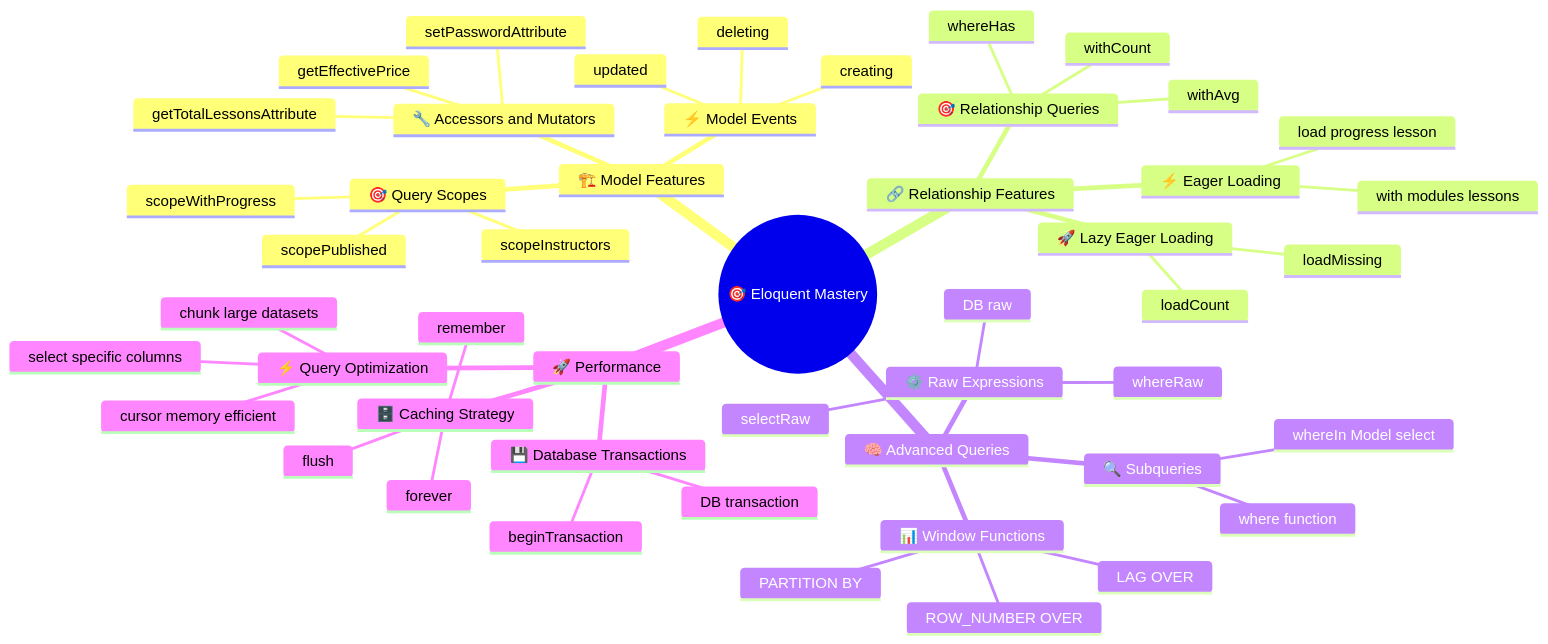
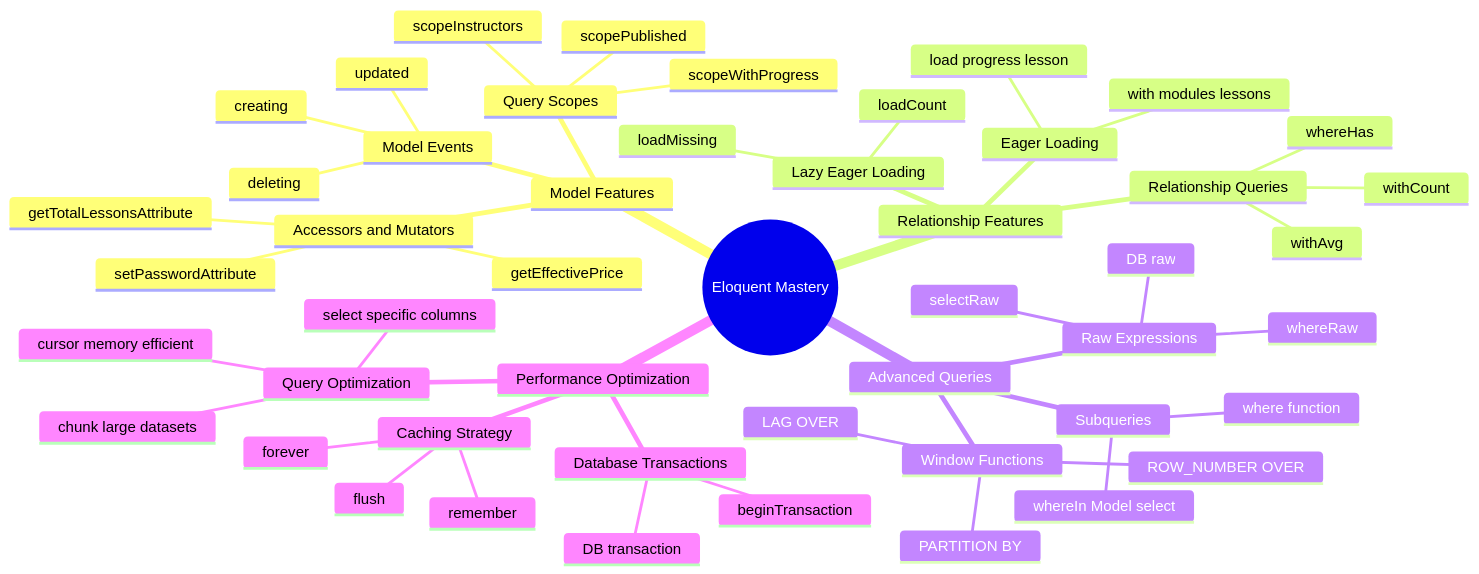
The third of 8 diagrams in README.md (Shakhoyat/learning_management_system), drawn with Mermaid before and after one commit. The commit also changed other lines of this file, not shown here.

Commit message:
fix: Update formatting and structure in Eloquent Features section for clarity

````diff
--- a/README.md
+++ b/README.md
@@ -481,52 +481,54 @@
 ```mermaid
 mindmap
-  root((🎯 Eloquent Mastery))
-    🏗️ Model Features
-      🔧 Accessors and Mutators
+  root((Eloquent Mastery))
+    Model Features
+      Accessors and Mutators
         getTotalLessonsAttribute
         getEffectivePrice
         setPasswordAttribute
-      🎯 Query Scopes
+      Query Scopes
         scopeInstructors
         scopePublished
         scopeWithProgress
-      ⚡ Model Events
+      Model Events
         creating
         updated
         deleting
-    🔗 Relationship Features
-      ⚡ Eager Loading
+    Relationship Features
+      Eager Loading
         with modules lessons
         load progress lesson
-      🚀 Lazy Eager Loading
+      Lazy Eager Loading
         loadMissing
         loadCount
-      🎯 Relationship Queries
+      Relationship Queries
         whereHas
         withCount
         withAvg
-    🧠 Advanced Queries
-      ⚙️ Raw Expressions
+    Advanced Queries
+      Raw Expressions
         DB raw
         selectRaw
         whereRaw
-      🔍 Subqueries
+      Subqueries
         where function
         whereIn Model select
-      📊 Window Functions
+      Window Functions
         ROW_NUMBER OVER
         LAG OVER
         PARTITION BY
-    🚀 Performance
-      💾 Database Transactions
+    Performance Optimization
+      Database Transactions
         DB transaction
         beginTransaction
-      ⚡ Query Optimization
+      Query Optimization
         select specific columns
         chunk large datasets
         cursor memory efficient
-      🗄️ Caching Strategy
+      Caching Strategy
         remember
         forever
         flush
+
+%%{init: {"mindmap": {"theme": "dark", "themeVariables": {"primaryColor": "#0f172a", "primaryTextColor": "#ffffff", "primaryBorderColor": "#334155", "lineColor": "#64748b", "secondaryColor": "#1e293b", "tertiaryColor": "#334155", "background": "#0f172a", "mainBkg": "#1e293b", "secondBkg": "#334155", "tertiaryBkg": "#475569"}}}}%%
 ```
````
